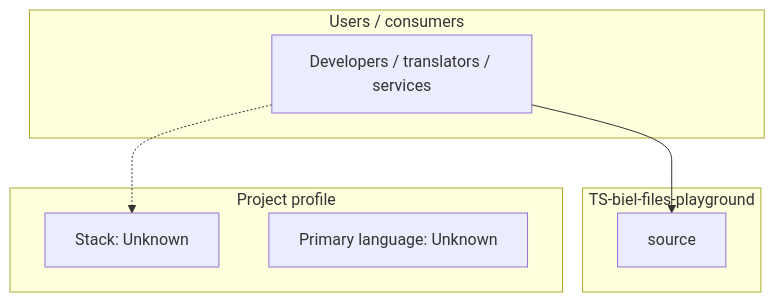
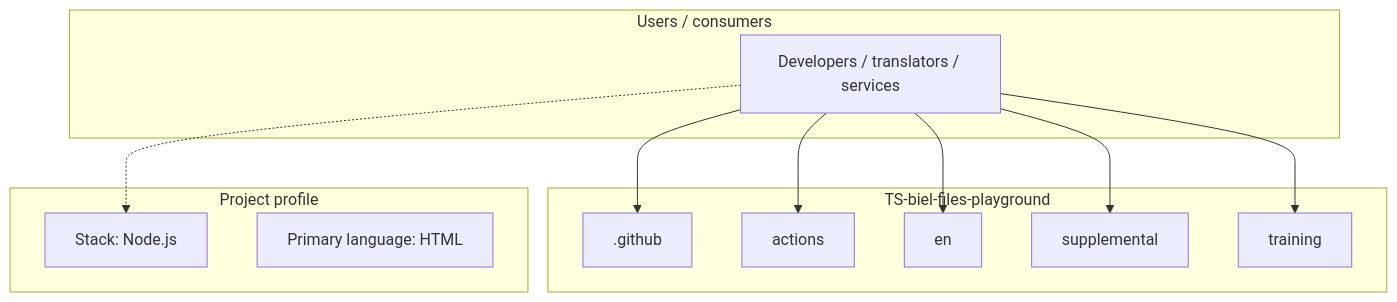
The first of 3 diagrams in architecture/WycliffeAssociates/TS-biel-files-playground-architecture.md (AnonymousWalker/project-repos-diagram), drawn with Mermaid before and after one commit. The commit also changed other lines of this file and 18 other files, not shown here.

Commit message:
chore: refresh architecture diagrams

````diff
--- a/architecture/WycliffeAssociates/TS-biel-files-playground-architecture.md
+++ b/architecture/WycliffeAssociates/TS-biel-files-playground-architecture.md
@@ -9,18 +9,26 @@
 ```mermaid
 flowchart TB
   subgraph users["Users / consumers"]
     Users["Developers / translators / services"]
   end
 
   subgraph project["TS-biel-files-playground"]
-    Core["source"]
+    M0[".github"]
+    M1["actions"]
+    M2["en"]
+    M3["supplemental"]
+    M4["training"]
   end
 
   subgraph meta["Project profile"]
-    Stack["Stack: Unknown"]
-    Lang["Primary language: Unknown"]
+    Stack["Stack: Node.js"]
+    Lang["Primary language: HTML"]
   end
 
-  Users --> Core
+  Users --> M0
+  Users --> M1
+  Users --> M2
+  Users --> M3
+  Users --> M4
   Users -.-> Stack
 ```
````
